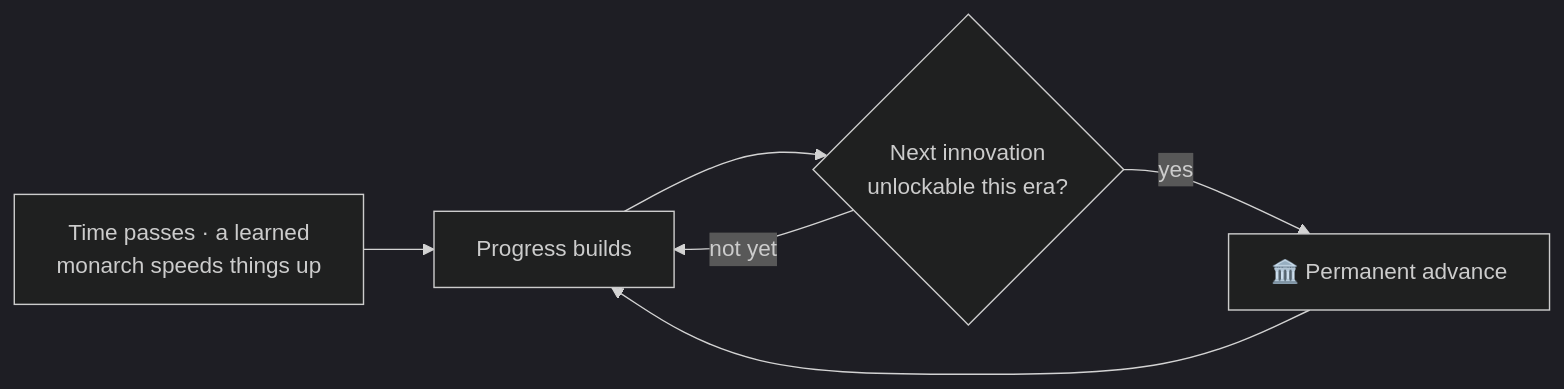
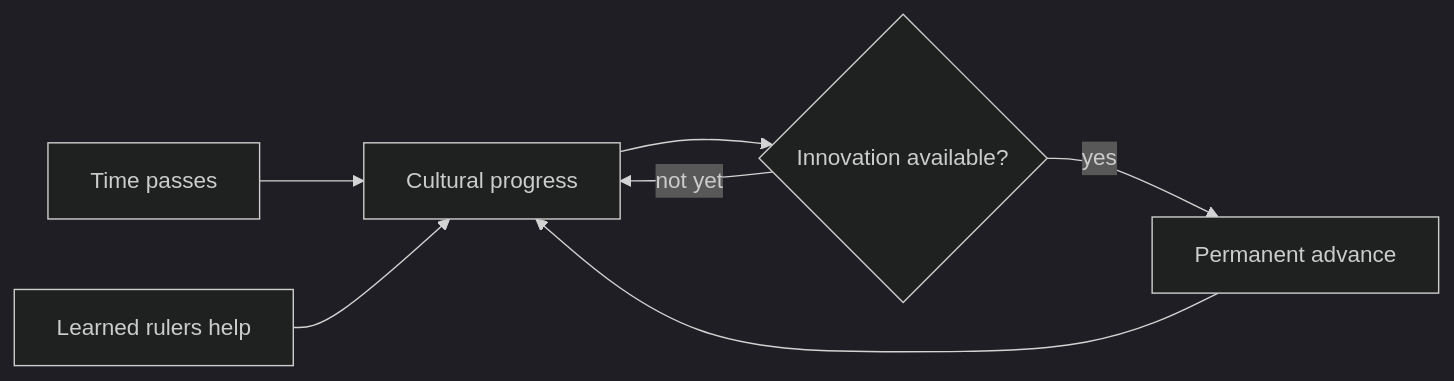
One commit to kroryan/Quartz-HispaniaBeta changed the diagram in content/world/Culture and Innovations.md. Above: the diagram before and after it, drawn with Mermaid (dark theme). The commit also changed other lines of this file and 35 other files, not shown here.

````diff
--- a/content/world/Culture and Innovations.md
+++ b/content/world/Culture and Innovations.md
@@ -18,8 +18,9 @@
 ```mermaid
 flowchart LR
-    A[Time passes · a learned<br/>monarch speeds things up] --> B[Progress builds]
-    B --> C{Next innovation<br/>unlockable this era?}
-    C -->|yes| D[🏛️ Permanent advance]
+    A[Time passes] --> B[Cultural progress]
+    L[Learned rulers help] --> B
+    B --> C{Innovation available?}
+    C -->|yes| D[Permanent advance]
     C -->|not yet| B
     D --> B
 ```
````
